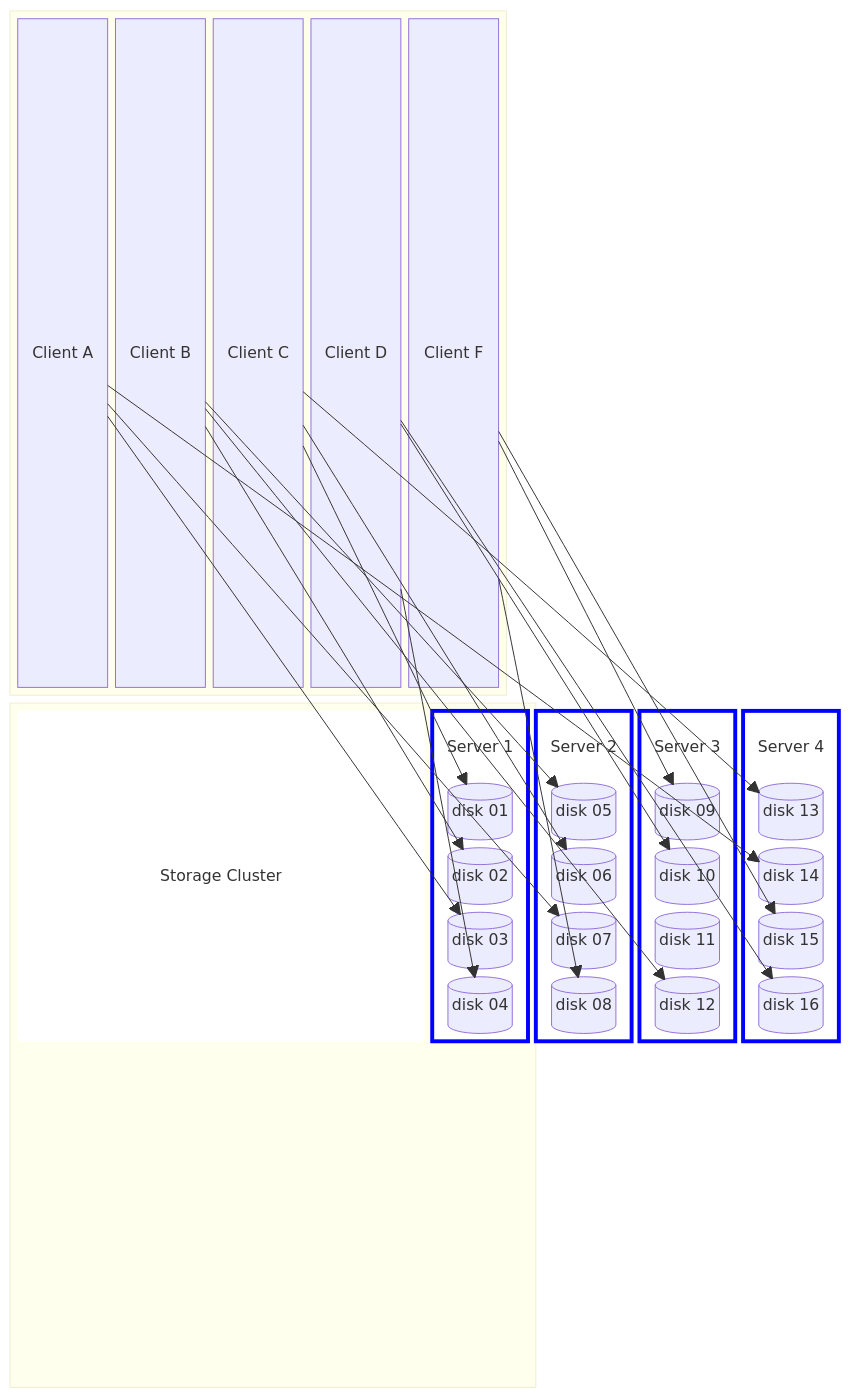
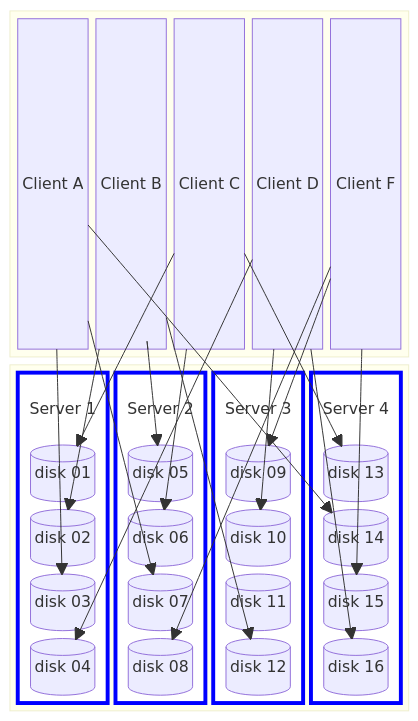
The diagram in slidegenerator/mermaid/cluster_diagram.md (jan379/quobyte-presales), drawn with Mermaid before and after one commit.

````diff
--- a/slidegenerator/mermaid/cluster_diagram.md
+++ b/slidegenerator/mermaid/cluster_diagram.md
@@ -3,70 +3,69 @@
 ```mermaid
 block
 columns 1
   block:Compute
   columns 10
     C1["Client A"]
     C2["Client B"]
     C3["Client C"]
     C4["Client D"]
     C5["Client E"]
     C5["Client F"]
   end
   block:Storage
-    label("Storage Cluster"):4
     block:S1
     columns 1
       label1["Server 1"]:1
       disk1[("disk 01")]
       disk2[("disk 02")]
       disk3[("disk 03")]
       disk4[("disk 04")]
     end
     block:S2(" ")
     columns 1
       label2["Server 2"]:1
       disk5[("disk 05")]
       disk6[("disk 06")]
       disk7[("disk 07")]
       disk8[("disk 08")]
     end
     block:S3(" ")
     columns 1
       label3["Server 3"]:1
       disk9[("disk 09")]
       disk10[("disk 10")]
       disk11[("disk 11")]
       disk12[("disk 12")]
     end
     block:S4(" ")
     columns 1
       label4["Server 4"]:1
       disk13[("disk 13")]
       disk14[("disk 14")]
       disk15[("disk 15")]
       disk16[("disk 16")]
     end
   end
   C1 --> disk3
   C1 --> disk7
   C1 --> disk14
   C2 --> disk2
   C2 --> disk5
   C2 --> disk12
   C3 --> disk1
   C3 --> disk6 
   C3 --> disk13
   C4 --> disk4
   C4 --> disk10
   C4 --> disk16
   C5 --> disk8
   C5 --> disk9
   C5 --> disk15
 classDef server fill:white,stroke:blue,stroke-width:4px;
 classDef client fill:#966,stroke:#333;
 classDef label fill:white,stroke:white;
 
 class S1,S2,S3,S4 server
 class label,label1,label2,label3,label4 label
 
 ```
````
